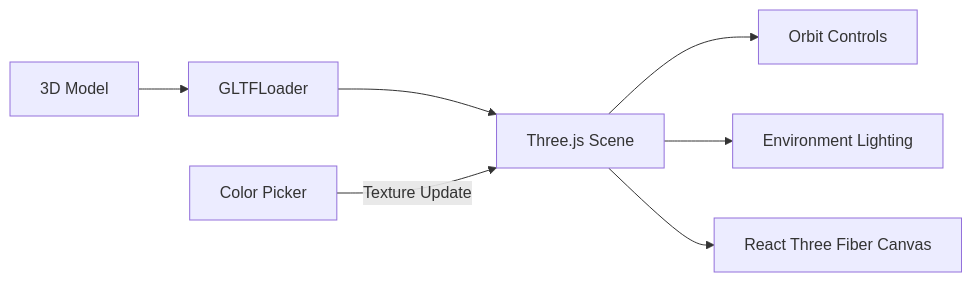
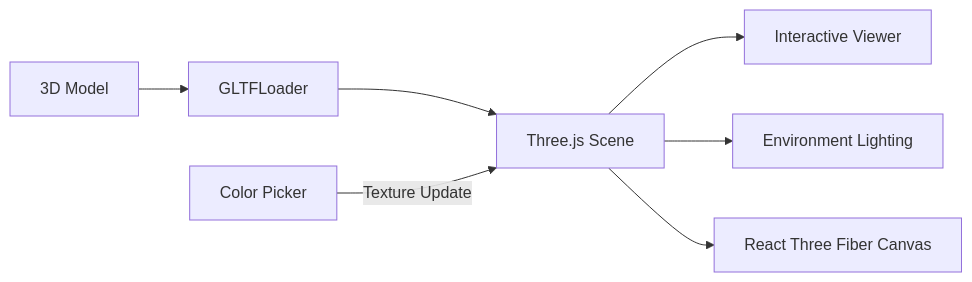
Before and after one commit to Adarsh-Saripaka/AutoVision: the second of 2 diagrams in README.md, drawn with Mermaid. The commit also changed other lines of this file, not shown here.

````diff
--- a/README.md
+++ b/README.md
@@ -44,9 +36,9 @@
 ```mermaid
 graph LR
     Model[3D Model] --> Loader[GLTFLoader]
     Loader --> Scene[Three.js Scene]
-    Scene --> Controls[Orbit Controls]
+    Scene --> Viewer[Interactive Viewer]
     Scene --> Lighting[Environment Lighting]
     UI[Color Picker] -->|Texture Update| Scene
     Scene --> Canvas[React Three Fiber Canvas]
 ```
````
